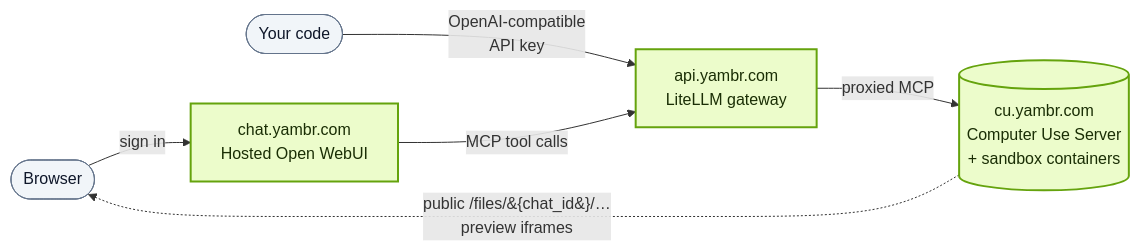
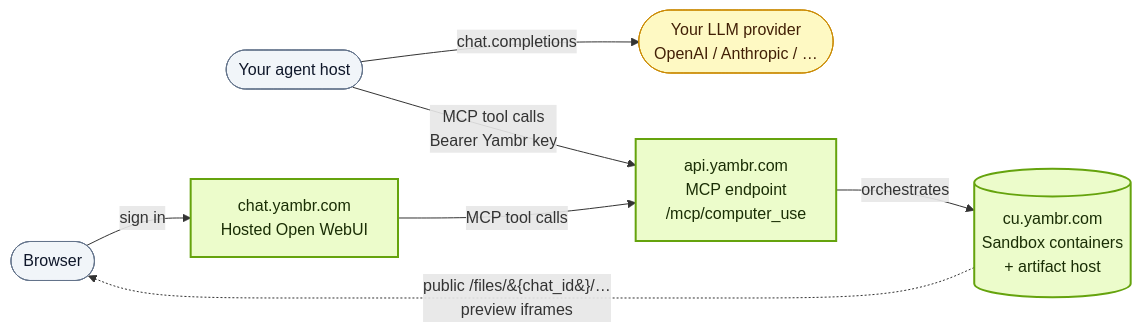
One commit to Yambr/docs changed the diagram in platform/overview.mdx. Above: the diagram before and after it, drawn with Mermaid. The commit also changed other lines of this file and 21 other files, not shown here.

````diff
--- a/platform/overview.mdx
+++ b/platform/overview.mdx
@@ -17,19 +21,23 @@
 ```mermaid
 flowchart LR
     browser([Browser])
-    code([Your code])
+    host([Your agent host])
+    provider([Your LLM provider<br/>OpenAI / Anthropic / …])
     chat[chat.yambr.com<br/>Hosted Open WebUI]
-    api[api.yambr.com<br/>LiteLLM gateway]
-    cu[(cu.yambr.com<br/>Computer Use Server<br/>+ sandbox containers)]
+    api[api.yambr.com<br/>MCP endpoint<br/>/mcp/computer_use]
+    cu[(cu.yambr.com<br/>Sandbox containers<br/>+ artifact host)]
 
     browser -- sign in --> chat
-    code -- OpenAI-compatible<br/>API key --> api
+    host -- chat.completions --> provider
+    host -- MCP tool calls<br/>Bearer Yambr key --> api
     chat -- MCP tool calls --> api
-    api -- proxied MCP --> cu
+    api -- orchestrates --> cu
     cu -. public /files/&#123;chat_id&#125;/…<br/>preview iframes .-> browser
 
     classDef service fill:#ECFCCB,stroke:#65A30D,stroke-width:2px,color:#1A2E05;
     classDef client fill:#F1F5F9,stroke:#64748B,color:#0F172A;
+    classDef ext fill:#FEF9C3,stroke:#CA8A04,color:#422006;
     class chat,api,cu service;
-    class browser,code client;
+    class browser,host client;
+    class provider ext;
 ```
````
